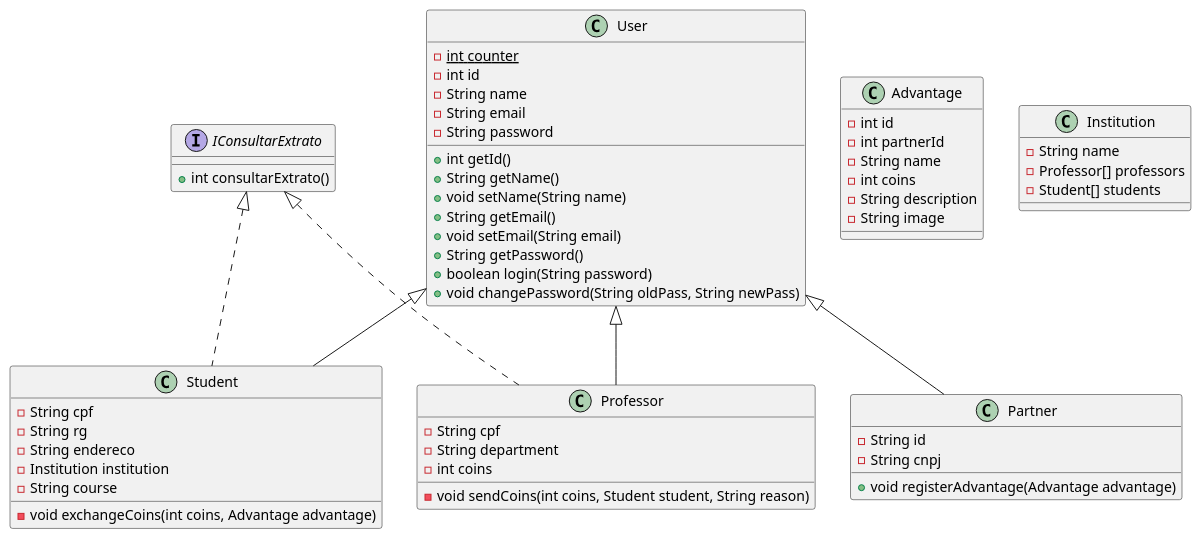
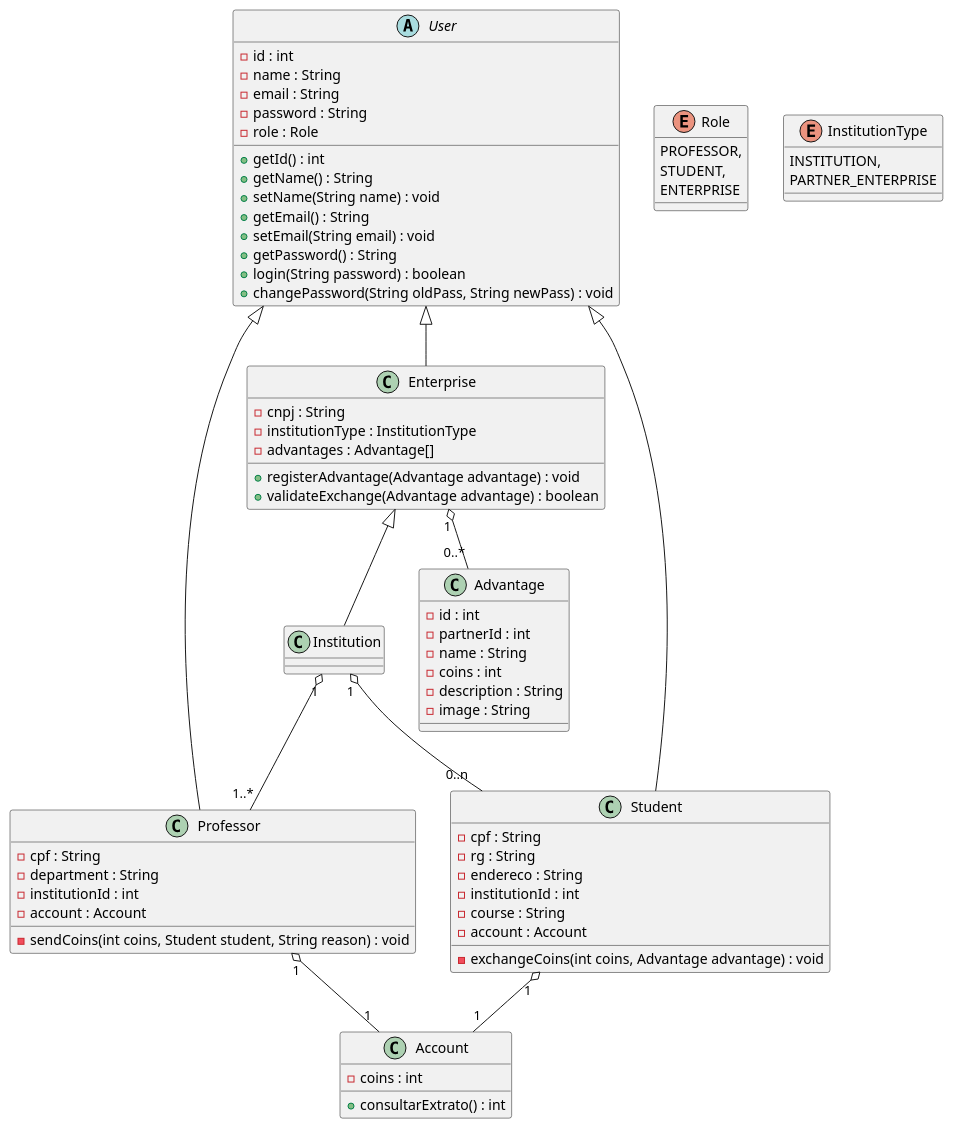
The diagram in projeto 3/project/classDiagram.plantuml (migueltico2/laboratorio-de-desenvolvimento-de-software), drawn with PlantUML before and after one commit. The commit also changed 1 other file, not shown here.

Commit message:
feat: add class diagram

```diff
--- a/projeto 3/project/classDiagram.plantuml
+++ b/projeto 3/project/classDiagram.plantuml
@@ -1,64 +1,85 @@
 @startuml
 
-class User {
-    -{static} int counter
-    -int id
-    -String name
-    -String email
-    -String password
-    +int getId()
-    +String getName()
-    +void setName(String name)
-    +String getEmail()
-    +void setEmail(String email)
-    +String getPassword()
-    +boolean login(String password)
-    +void changePassword(String oldPass, String newPass)
+abstract class User {
+    -id : int
+    -name : String
+    -email : String
+    -password : String
+    -role : Role
+    +getId() : int
+    +getName() : String
+    +setName(String name) : void
+    +getEmail() : String
+    +setEmail(String email) : void
+    +getPassword() : String
+    +login(String password) : boolean
+    +changePassword(String oldPass, String newPass) : void
 }
 
-class Professor implements IConsultarExtrato {
-    -String cpf
-    -String department
-    -int coins
-    -void sendCoins(int coins, Student student, String reason)
+enum Role {
+    PROFESSOR,
+    STUDENT,
+    ENTERPRISE
 }
 
-class Student implements IConsultarExtrato {
-    -String cpf
-    -String rg
-    -String endereco
-    -Institution institution
-    -String course
-    -void exchangeCoins(int coins, Advantage advantage)
+class Professor {
+    -cpf : String
+    -department : String
+    -institutionId : int
+    -account : Account
+    -sendCoins(int coins, Student student, String reason) : void
+}
+
+class Student {
+    -cpf : String
+    -rg : String
+    -endereco : String
+    -institutionId : int
+    -course : String
+    -account : Account
+    -exchangeCoins(int coins, Advantage advantage) : void
+}
+
+class Account {
+    -coins : int
+    +consultarExtrato() : int
 }
 
 class Advantage {
-    -int id
-    -int partnerId
-    -String name
-    -int coins
-    -String description
-    -String image
+    -id : int
+    -partnerId : int
+    -name : String
+    -coins : int
+    -description : String
+    -image : String
 }
 
-class Partner {
-    -String id
-    -String cnpj
-    +void registerAdvantage(Advantage advantage)
+class Enterprise {
+    -cnpj : String
+    -institutionType : InstitutionType
+    -advantages : Advantage[]
+    +registerAdvantage(Advantage advantage) : void
+    +validateExchange(Advantage advantage) : boolean
+}
+
+enum InstitutionType {
+    INSTITUTION,
+    PARTNER_ENTERPRISE
 }
 
 class Institution {
-    -String name
-    -Professor[] professors
-    -Student[] students
-}
-
-interface IConsultarExtrato {
-    +int consultarExtrato()
 }
 
 User <|-- Professor
 User <|-- Student
-User <|-- Partner
+User <|-- Enterprise
+
+Enterprise <|-- Institution
+
+Professor "1" o-- "1" Account
+Student "1" o-- "1" Account
+Enterprise "1" o-- "0..*" Advantage
+Institution "1" o-- "1..*" Professor
+Institution "1" o--  "0..n" Student
 
 @enduml
```
